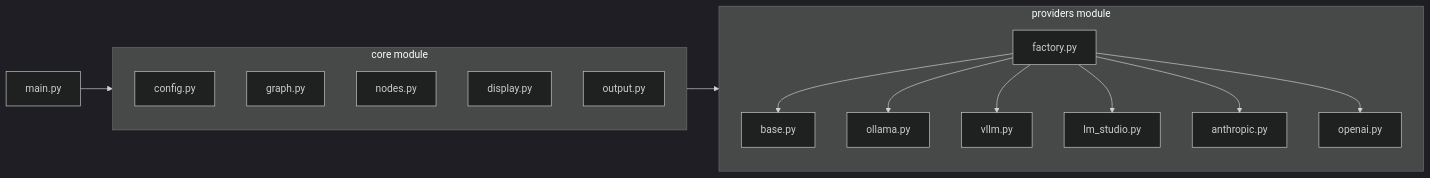
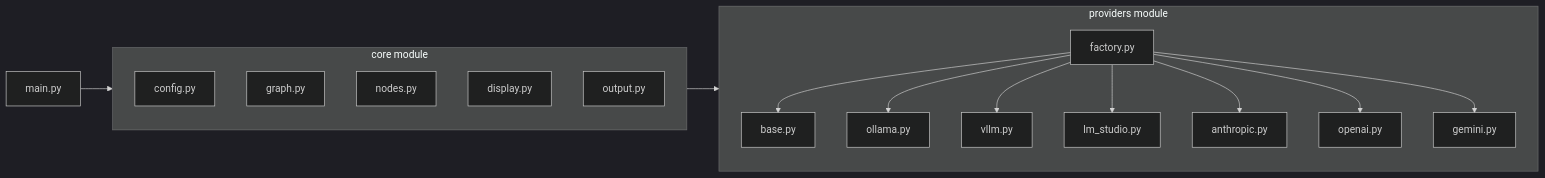
One commit to machinedge/prizms-oss changed the diagram in backend/README.md. Above: the diagram before and after it, drawn with Mermaid (dark theme). The commit also changed other lines of this file and 4 other files, not shown here.

````diff
--- a/backend/README.md
+++ b/backend/README.md
@@ -11,30 +11,32 @@
 ```mermaid
 flowchart LR
     MainPy[main.py] --> Core
     Core --> Providers
     
     subgraph Core [core module]
         ConfigPy[config.py]
         GraphPy[graph.py]
         NodesPy[nodes.py]
         DisplayPy[display.py]
         OutputPy[output.py]
     end
     
     subgraph Providers [providers module]
         Factory[factory.py]
         BasePy[base.py]
         OllamaPy[ollama.py]
         VllmPy[vllm.py]
         LmStudioPy[lm_studio.py]
         AnthropicPy[anthropic.py]
         OpenAIPy[openai.py]
+        GeminiPy[gemini.py]
     end
     
     Factory --> BasePy
     Factory --> OllamaPy
     Factory --> VllmPy
     Factory --> LmStudioPy
     Factory --> AnthropicPy
     Factory --> OpenAIPy
+    Factory --> GeminiPy
 ```
````
